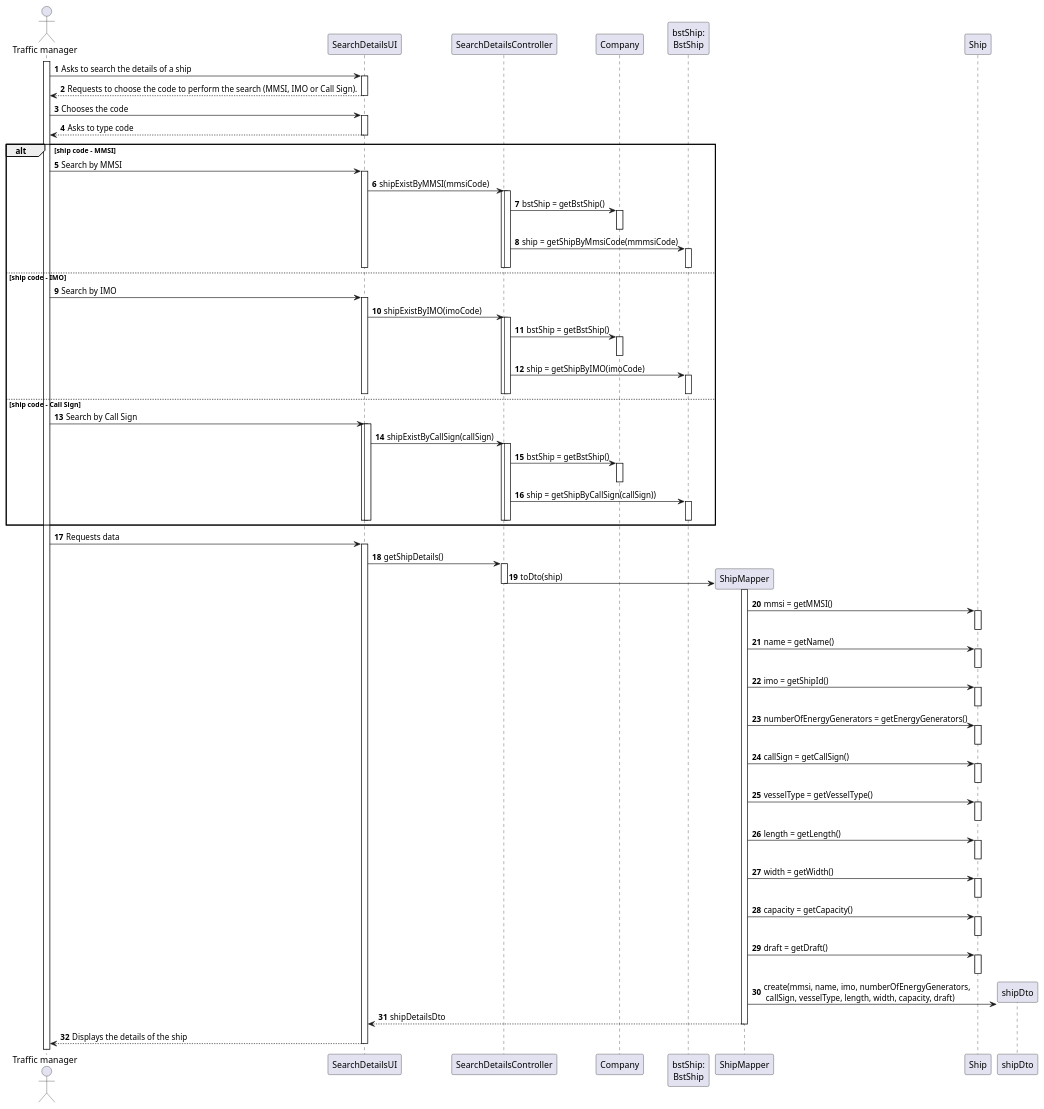
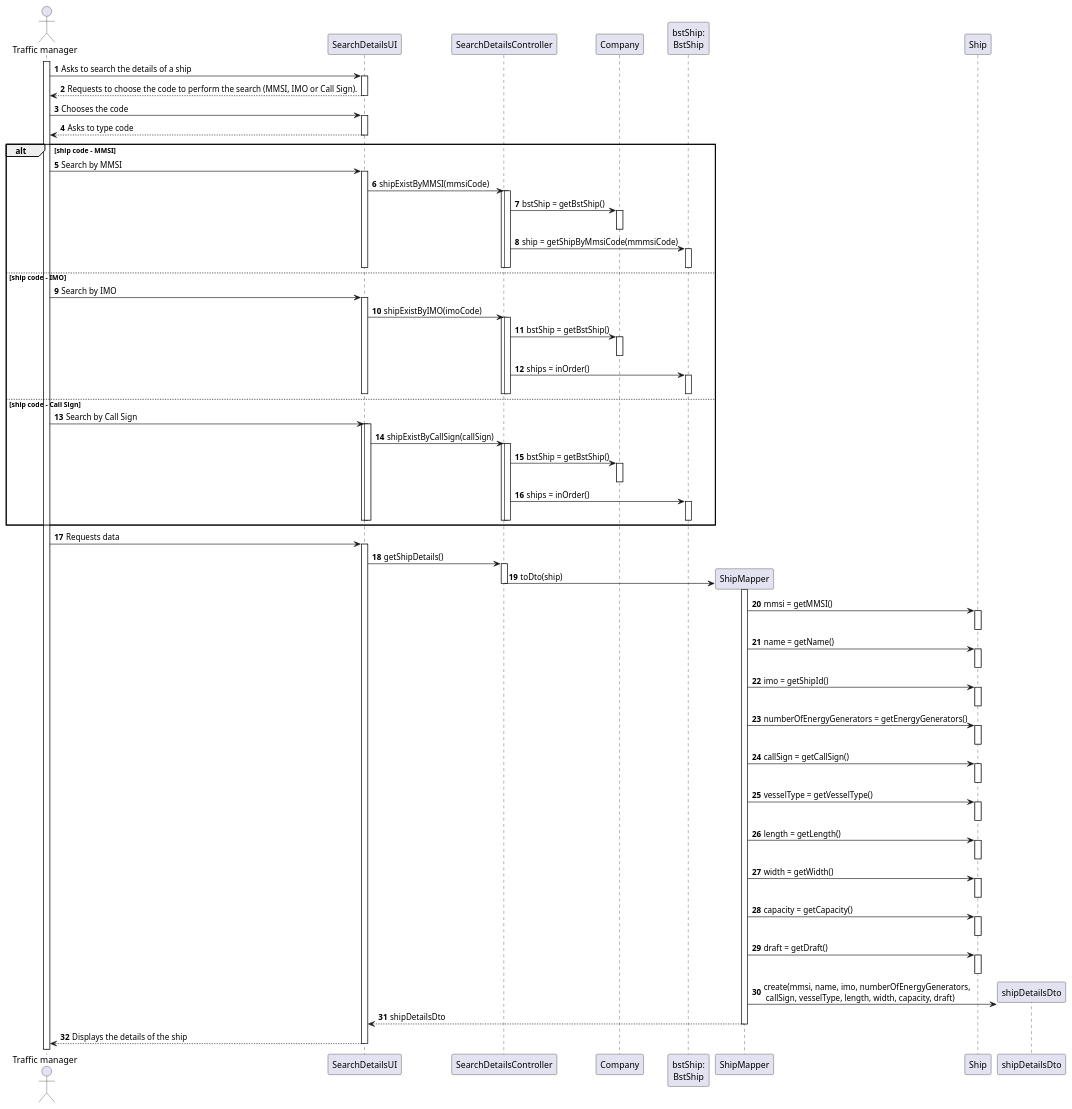
Before and after one commit to 0franciscor/lapr3-2021-g042: the diagram in docs/US102/US102_SD.puml, drawn with PlantUML. The commit also changed 7 other files, not shown here.

```diff
--- a/docs/US102/US102_SD.puml
+++ b/docs/US102/US102_SD.puml
@@ -1,124 +1,124 @@
 @startuml
 autonumber
 
 actor "Traffic manager" as manager
 participant "SearchDetailsUI" as sdUI
 participant "SearchDetailsController" as sdCTRL
 participant "Company" as COMP
 participant "bstShip:\nBstShip" as BstShip
 participant "ShipMapper" as SMAPPER
 participant "Ship" as SHIP
 participant "Ship" as SHIP
-participant "shipDto" as SHIPDTO
+participant "shipDetailsDto" as SHIPDTO
 
 
 activate manager
 manager -> sdUI : Asks to search the details of a ship
 activate sdUI
 sdUI --> manager : Requests to choose the code to perform the search (MMSI, IMO or Call Sign).
 deactivate sdUI
 
 
 manager -> sdUI : Chooses the code
 activate sdUI
 
 sdUI --> manager : Asks to type code
 deactivate sdUI
 
 alt ship code - MMSI
 manager -> sdUI  : Search by MMSI
 activate sdUI
 sdUI-> sdCTRL: shipExistByMMSI(mmsiCode)
 activate sdCTRL
 activate sdCTRL
 sdCTRL -> COMP : bstShip = getBstShip()
 activate COMP
 deactivate COMP
 sdCTRL -> BstShip : ship = getShipByMmsiCode(mmmsiCode)
 activate BstShip
 deactivate BstShip
 deactivate sdCTRL
 deactivate sdCTRL
 deactivate sdUI
 
 else ship code - IMO
 manager -> sdUI  : Search by IMO
 activate sdUI
 sdUI-> sdCTRL: shipExistByIMO(imoCode)
 activate sdCTRL
 activate sdCTRL
 sdCTRL -> COMP : bstShip = getBstShip()
 activate COMP
 deactivate COMP
-sdCTRL -> BstShip : ship = getShipByIMO(imoCode)
+sdCTRL -> BstShip : ships = inOrder()
 activate BstShip
 deactivate BstShip
 deactivate sdCTRL
 deactivate sdCTRL
 deactivate sdUI
 deactivate sdUI
 
 else ship code - Call Sign
 manager -> sdUI : Search by Call Sign
 activate sdUI
 activate sdUI
 sdUI-> sdCTRL: shipExistByCallSign(callSign)
 activate sdCTRL
 activate sdCTRL
 sdCTRL -> COMP : bstShip = getBstShip()
 activate COMP
 deactivate COMP
-sdCTRL -> BstShip : ship = getShipByCallSign(callSign))
+sdCTRL -> BstShip : ships = inOrder()
 activate BstShip
 deactivate BstShip
 deactivate sdCTRL
 deactivate sdCTRL
 deactivate sdUI
 deactivate sdUI
 end
 
 
 manager -> sdUI : Requests data
 activate sdUI
 sdUI -> sdCTRL : getShipDetails()
 activate sdCTRL
 sdCTRL-> SMAPPER** : toDto(ship)
 deactivate sdCTRL
 activate SMAPPER
 SMAPPER -> SHIP : mmsi = getMMSI()
 activate SHIP
 deactivate SHIP
 SMAPPER -> SHIP : name = getName()
 activate SHIP
 deactivate SHIP
 SMAPPER -> SHIP : imo = getShipId()
 activate SHIP
 deactivate SHIP
 SMAPPER -> SHIP : numberOfEnergyGenerators = getEnergyGenerators()
 activate SHIP
 deactivate SHIP
 SMAPPER -> SHIP : callSign = getCallSign()
 activate SHIP
 deactivate SHIP
 SMAPPER -> SHIP : vesselType = getVesselType()
 activate SHIP
 deactivate SHIP
 SMAPPER -> SHIP : length = getLength()
 activate SHIP
 deactivate SHIP
 SMAPPER -> SHIP : width = getWidth()
 activate SHIP
 deactivate SHIP
 SMAPPER -> SHIP : capacity = getCapacity()
 activate SHIP
 deactivate SHIP
 SMAPPER -> SHIP : draft = getDraft()
 activate SHIP
 deactivate SHIP
 SMAPPER -> SHIPDTO** : create(mmsi, name, imo, numberOfEnergyGenerators,\n callSign, vesselType, length, width, capacity, draft)
 SMAPPER --> sdUI : shipDetailsDto
 deactivate SMAPPER
 sdUI --> manager : Displays the details of the ship
 deactivate sdUI
 
 @enduml
```
